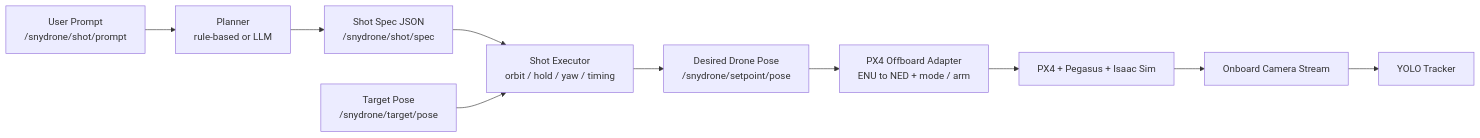
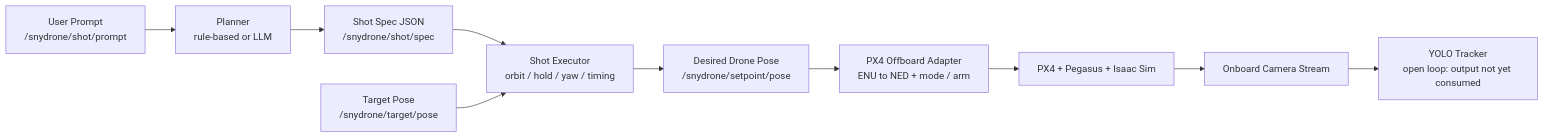
The first of 2 diagrams in README.md (lakshya-asu/snydrone), drawn with Mermaid before and after one commit. The commit also changed other lines of this file, not shown here.

First line of the commit message:
docs: state that vision is open loop and add a measured Verification section

````diff
--- a/README.md
+++ b/README.md
@@ -55,12 +55,12 @@
 ```mermaid
 flowchart LR
     A["User Prompt<br/>/snydrone/shot/prompt"] --> B["Planner<br/>rule-based or LLM"]
     B --> C["Shot Spec JSON<br/>/snydrone/shot/spec"]
     C --> D["Shot Executor<br/>orbit / hold / yaw / timing"]
     E["Target Pose<br/>/snydrone/target/pose"] --> D
     D --> F["Desired Drone Pose<br/>/snydrone/setpoint/pose"]
     F --> G["PX4 Offboard Adapter<br/>ENU to NED + mode / arm"]
     G --> H["PX4 + Pegasus + Isaac Sim"]
     H --> I["Onboard Camera Stream"]
-    I --> J["YOLO Tracker"]
+    I --> J["YOLO Tracker<br/>open loop: output not yet consumed"]
 ```
````
